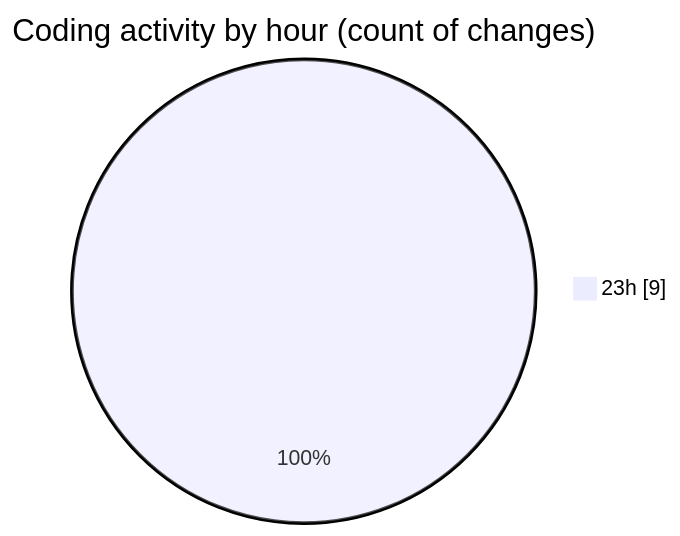
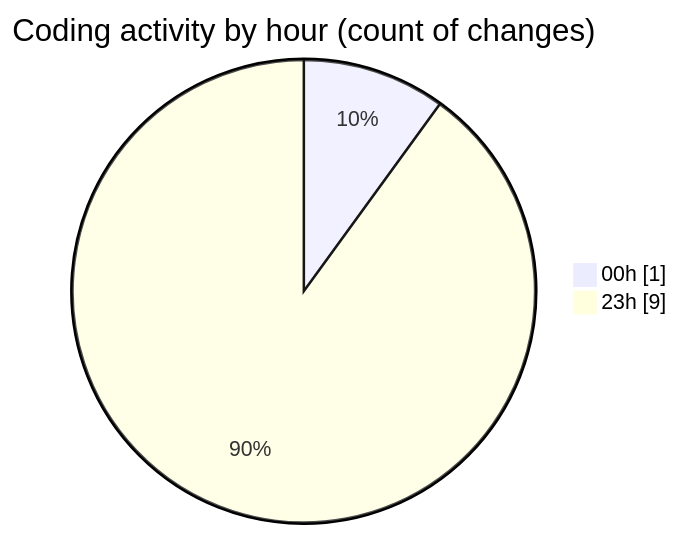
Before and after one commit to EIIisD/code-tracking: the second of 2 diagrams in 2025-07-29/shortcuts/README.md, drawn with Mermaid. The commit also changed other lines of this file and 1 other file, not shown here.

````diff
--- a/2025-07-29/shortcuts/README.md
+++ b/2025-07-29/shortcuts/README.md
@@ -28,5 +28,6 @@
 ```mermaid
 pie showData
 title Coding activity by hour (count of changes)
+"00h" : 1
 "23h" : 9
 ```
````
